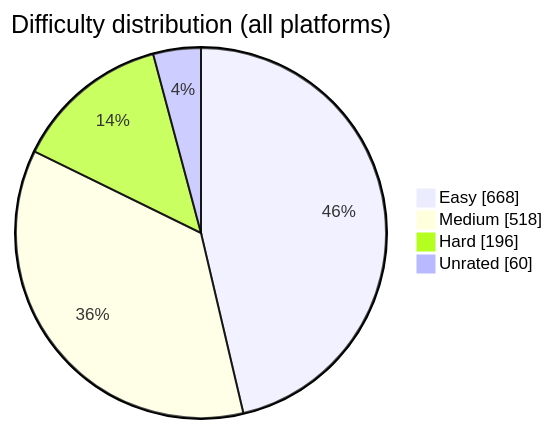
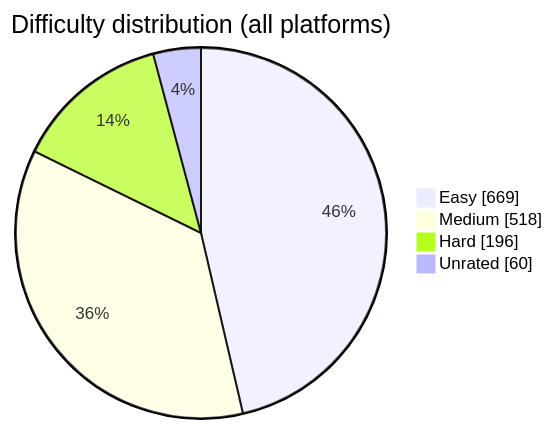
Before and after one commit to BuildbyArindam/Daily-Coding-Log: the diagram in README.md, drawn with Mermaid. The commit also changed other lines of this file, not shown here.

````diff
--- a/README.md
+++ b/README.md
@@ -93,7 +93,7 @@
 ```mermaid
 pie showData title Difficulty distribution (all platforms)
-    "Easy" : 668
+    "Easy" : 669
     "Medium" : 518
     "Hard" : 196
     "Unrated" : 60
 ```
````
